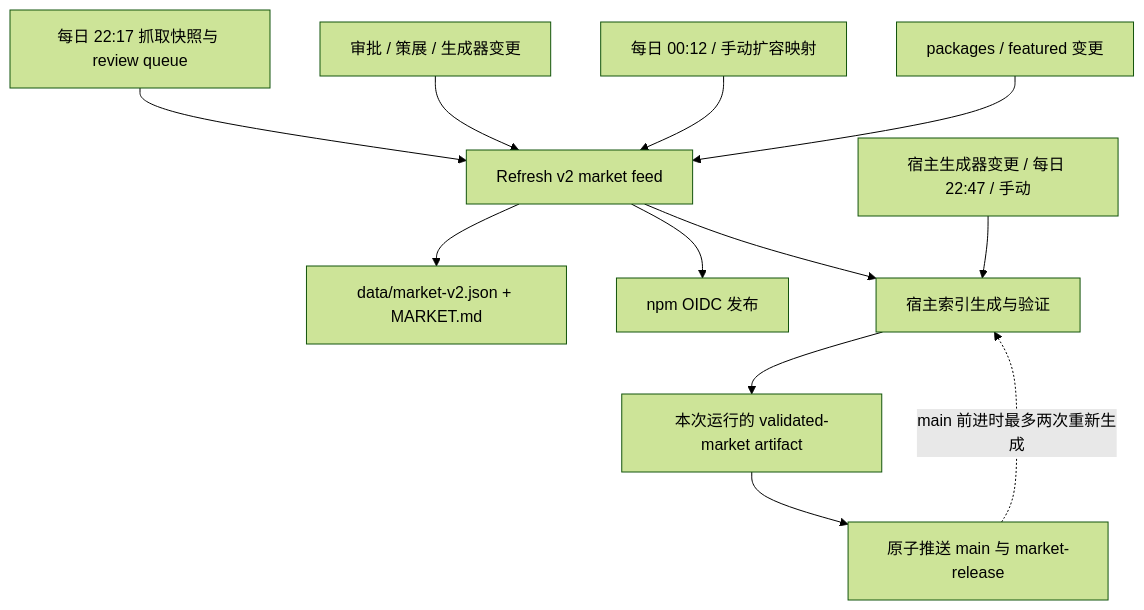
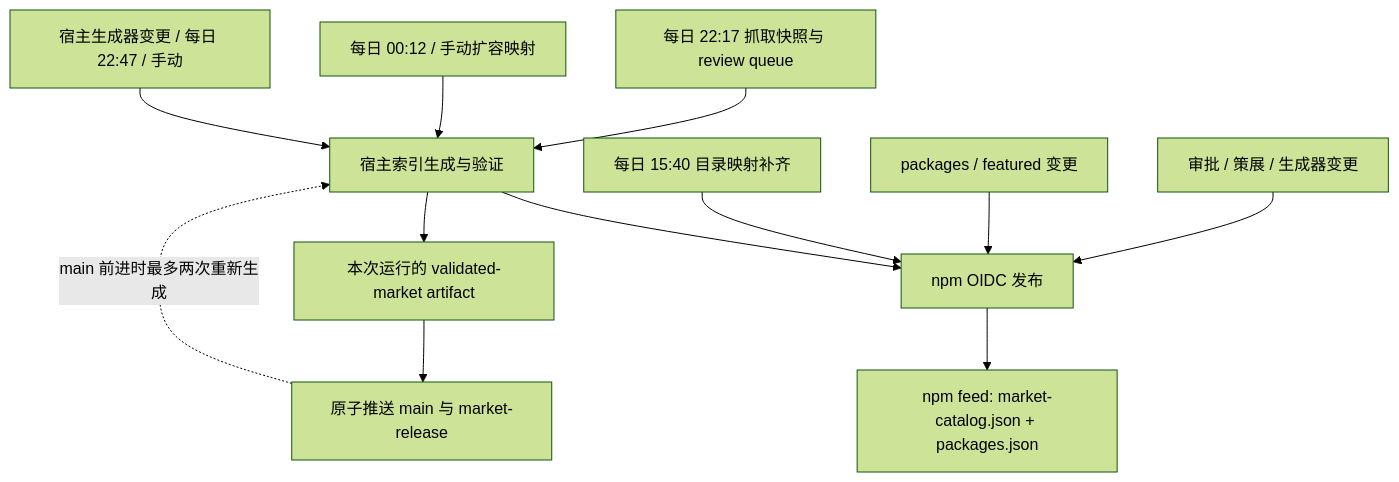
Before and after one commit to bruc3van/awesome-dsh-plugin: the diagram in .github/CI.md, drawn with Mermaid (forest theme). The commit also changed other lines of this file and 48 other files, not shown here.

First line of the commit message:
feat: retire market-v2 and make featured.json the single editorial source

````diff
--- a/.github/CI.md
+++ b/.github/CI.md
@@ -5,14 +5,14 @@
 ```mermaid
 flowchart TD
-  Daily[每日 22:17 抓取快照与 review queue] --> V2[Refresh v2 market feed]
-  Curation[审批 / 策展 / 生成器变更] --> V2
-  Expand[每日 00:12 / 手动扩容映射] --> V2
-  Mapping[packages / featured 变更] --> V2
-  V2 --> Feed[data/market-v2.json + MARKET.md]
-  V2 --> NPM[npm OIDC 发布]
-  V2 --> Host[宿主索引生成与验证]
+  Daily[每日 22:17 抓取快照与 review queue] --> Host[宿主索引生成与验证]
+  Curation[审批 / 策展 / 生成器变更] --> NPM[npm OIDC 发布]
+  Expand[每日 00:12 / 手动扩容映射] --> Host
+  Mapping[packages / featured 变更] --> NPM
+  Fill[每日 15:40 目录映射补齐] --> NPM
   HostCode[宿主生成器变更 / 每日 22:47 / 手动] --> Host
   Host --> Artifact[本次运行的 validated-market artifact]
   Artifact --> Publish[原子推送 main 与 market-release]
   Publish -. main 前进时最多两次重新生成 .-> Host
+  Host --> NPM
+  NPM --> Feed[npm feed: market-catalog.json + packages.json]
 ```
````
